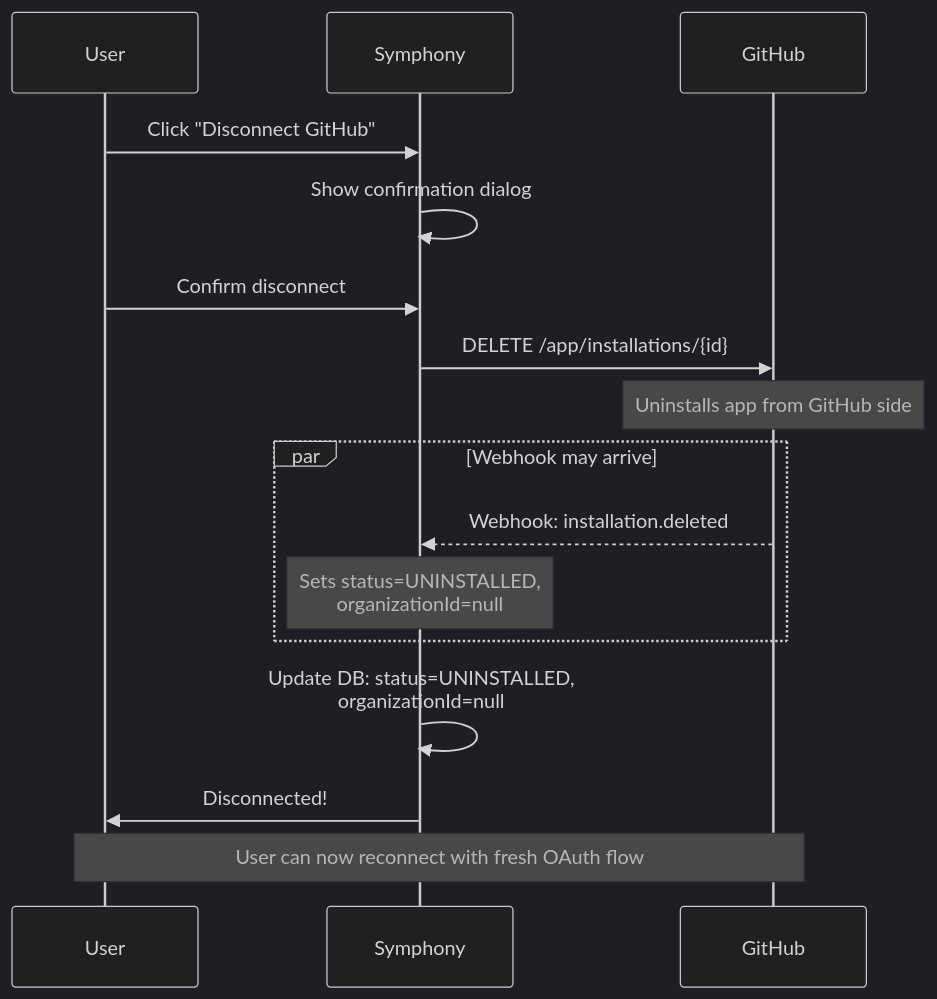
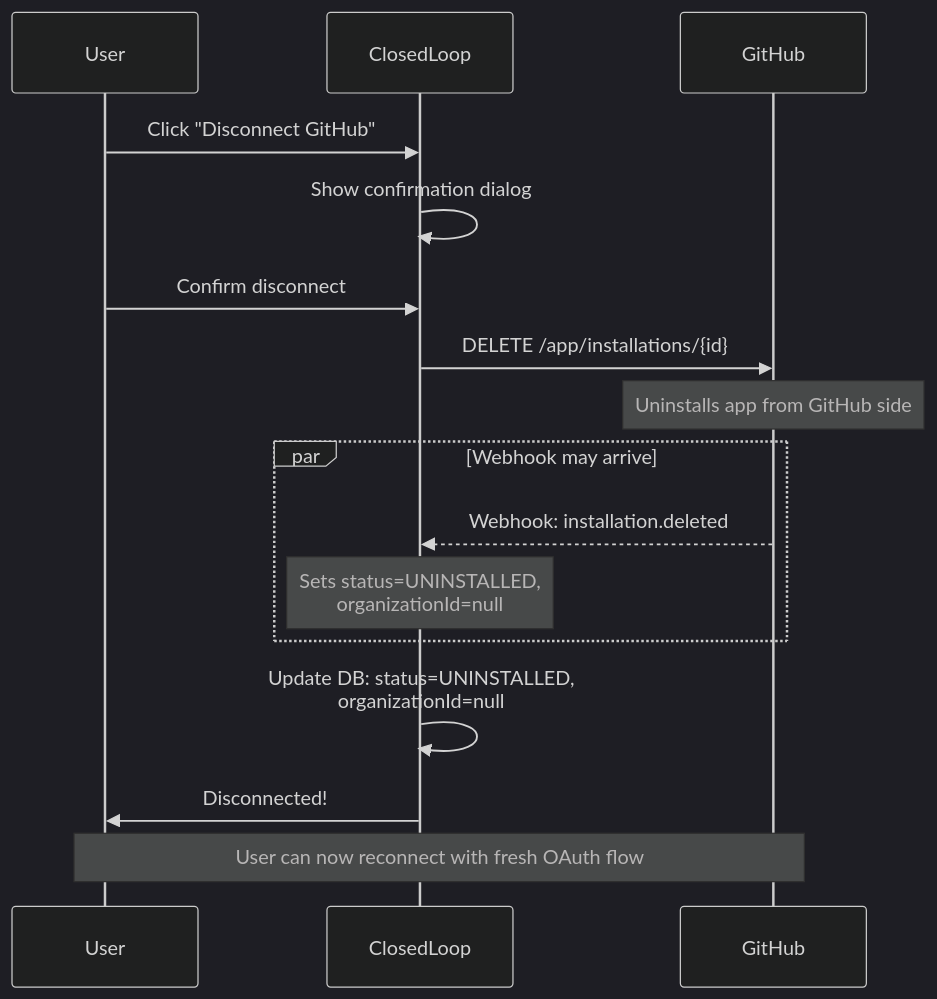
One commit to closedloop-ai/closedloop-ai changed the second of 2 diagrams in docs/github-app-setup.md. Above: the diagram before and after it, drawn with Mermaid (dark theme). The commit also changed other lines of this file and 23 other files, not shown here.

First line of the commit message:
Symphony -> ClosedLoop rebrand (#555)

````diff
--- a/docs/github-app-setup.md
+++ b/docs/github-app-setup.md
@@ -59,23 +59,23 @@
 ```mermaid
 sequenceDiagram
     participant User
-    participant Symphony
+    participant ClosedLoop
     participant GitHub
 
-    User->>Symphony: Click "Disconnect GitHub"
-    Symphony->>Symphony: Show confirmation dialog
-    User->>Symphony: Confirm disconnect
+    User->>ClosedLoop: Click "Disconnect GitHub"
+    ClosedLoop->>ClosedLoop: Show confirmation dialog
+    User->>ClosedLoop: Confirm disconnect
 
-    Symphony->>GitHub: DELETE /app/installations/{id}
+    ClosedLoop->>GitHub: DELETE /app/installations/{id}
     Note over GitHub: Uninstalls app from GitHub side
 
     par Webhook may arrive
-        GitHub-->>Symphony: Webhook: installation.deleted
-        Note over Symphony: Sets status=UNINSTALLED,<br/>organizationId=null
+        GitHub-->>ClosedLoop: Webhook: installation.deleted
+        Note over ClosedLoop: Sets status=UNINSTALLED,<br/>organizationId=null
     end
 
-    Symphony->>Symphony: Update DB: status=UNINSTALLED,<br/>organizationId=null
-    Symphony->>User: Disconnected!
+    ClosedLoop->>ClosedLoop: Update DB: status=UNINSTALLED,<br/>organizationId=null
+    ClosedLoop->>User: Disconnected!
 
     Note over User,GitHub: User can now reconnect with fresh OAuth flow
 ```
````
